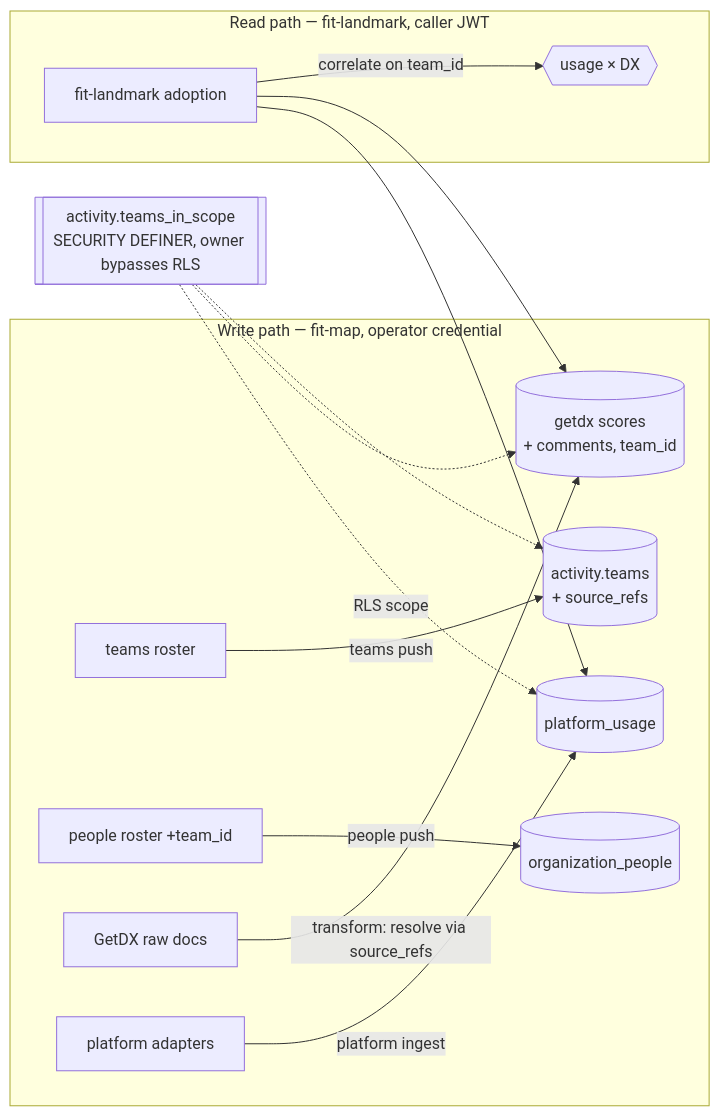
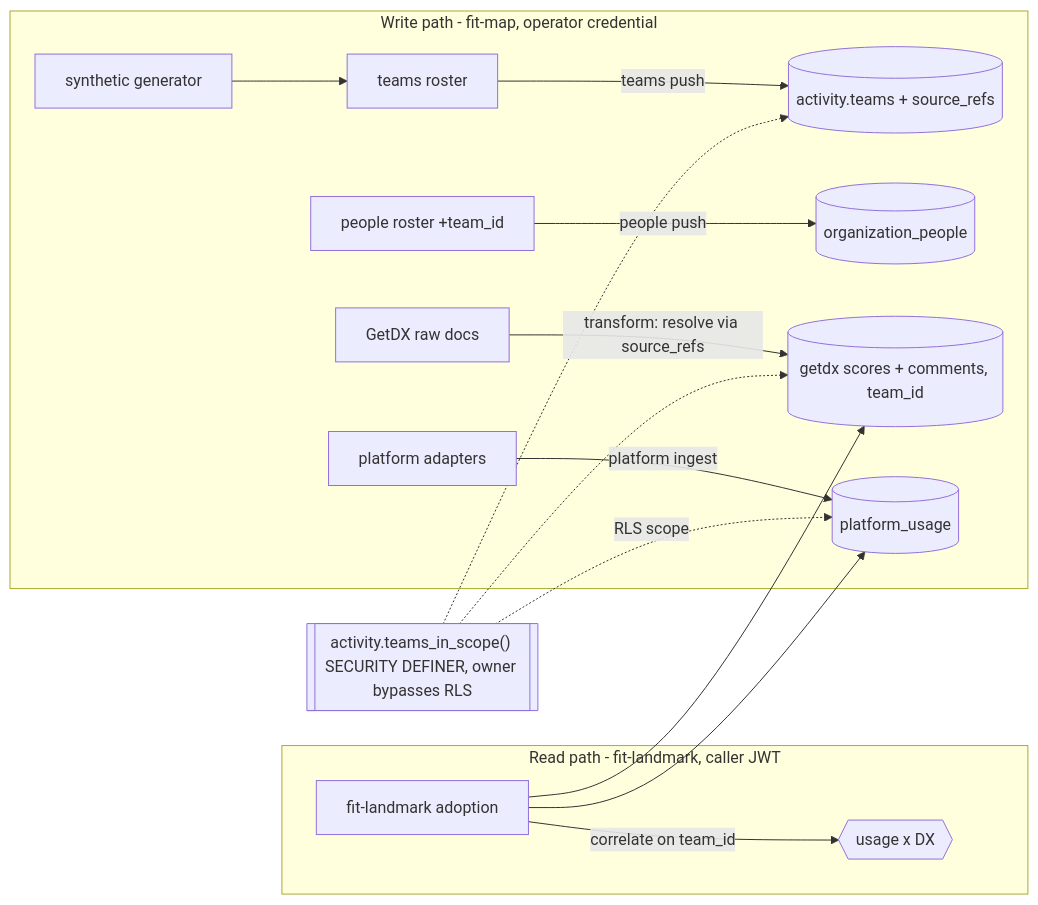
Before and after one commit to forwardimpact/monorepo: the diagram in specs/2080-platform-adoption-substrate/design-a.md, drawn with Mermaid. The commit also changed other lines of this file and 1 other file, not shown here.

First line of the commit message:
spec(2080): address re-review panel — extend clean break to synthetic pipeline

````diff
--- a/specs/2080-platform-adoption-substrate/design-a.md
+++ b/specs/2080-platform-adoption-substrate/design-a.md
@@ -11,18 +12,19 @@
 ```mermaid
 flowchart LR
-  subgraph authoring [Write path — fit-map, operator credential]
-    TR[teams roster] -->|teams push| TEAMS[(activity.teams\n+ source_refs)]
+  subgraph authoring [Write path - fit-map, operator credential]
+    TR[teams roster] -->|teams push| TEAMS[(activity.teams + source_refs)]
+    SYN[synthetic generator] --> TR
     PR[people roster +team_id] -->|people push| OP[(organization_people)]
-    GETDX[GetDX raw docs] -->|transform: resolve via source_refs| SCORES[(getdx scores\n+ comments, team_id)]
+    GETDX[GetDX raw docs] -->|transform: resolve via source_refs| SCORES[(getdx scores + comments, team_id)]
     ADP[platform adapters] -->|platform ingest| USAGE[(platform_usage)]
   end
-  subgraph read [Read path — fit-landmark, caller JWT]
+  subgraph read [Read path - fit-landmark, caller JWT]
     ADOPT[fit-landmark adoption] --> USAGE
     ADOPT --> SCORES
-    ADOPT -->|correlate on team_id| CORR{{usage × DX}}
+    ADOPT -->|correlate on team_id| CORR{{usage x DX}}
   end
-  SF[[activity.teams_in_scope\nSECURITY DEFINER, owner bypasses RLS]]
+  SF[["activity.teams_in_scope() SECURITY DEFINER, owner bypasses RLS"]]
   SF -. RLS scope .-> USAGE
   SF -.-> SCORES
   SF -.-> TEAMS
 ```
````
